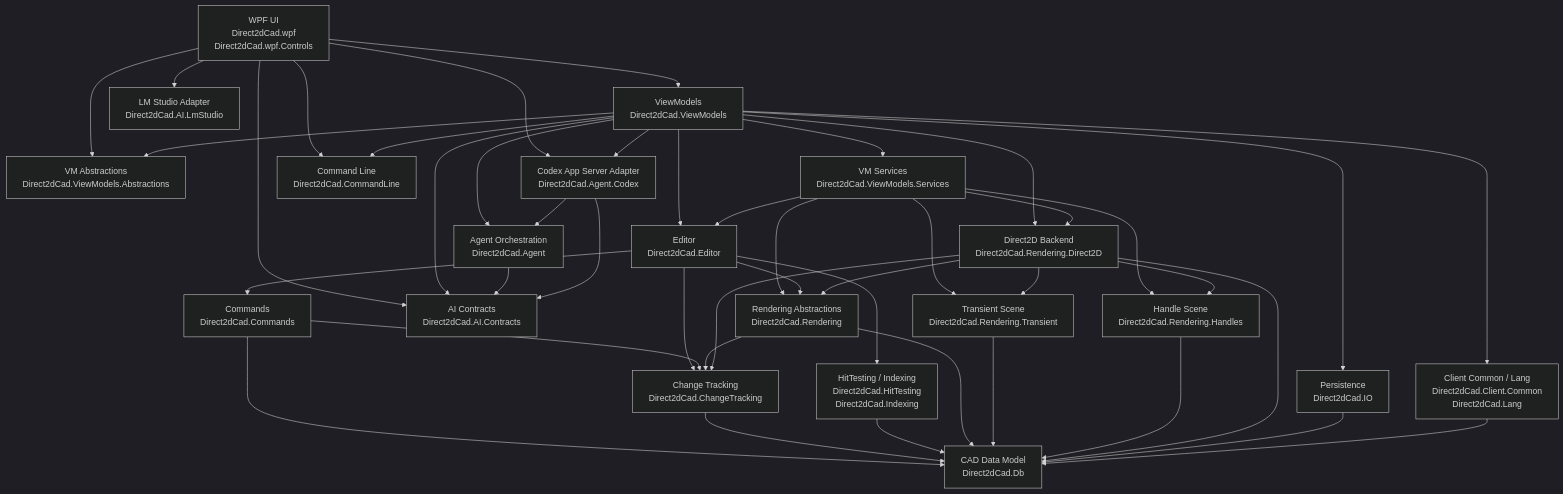
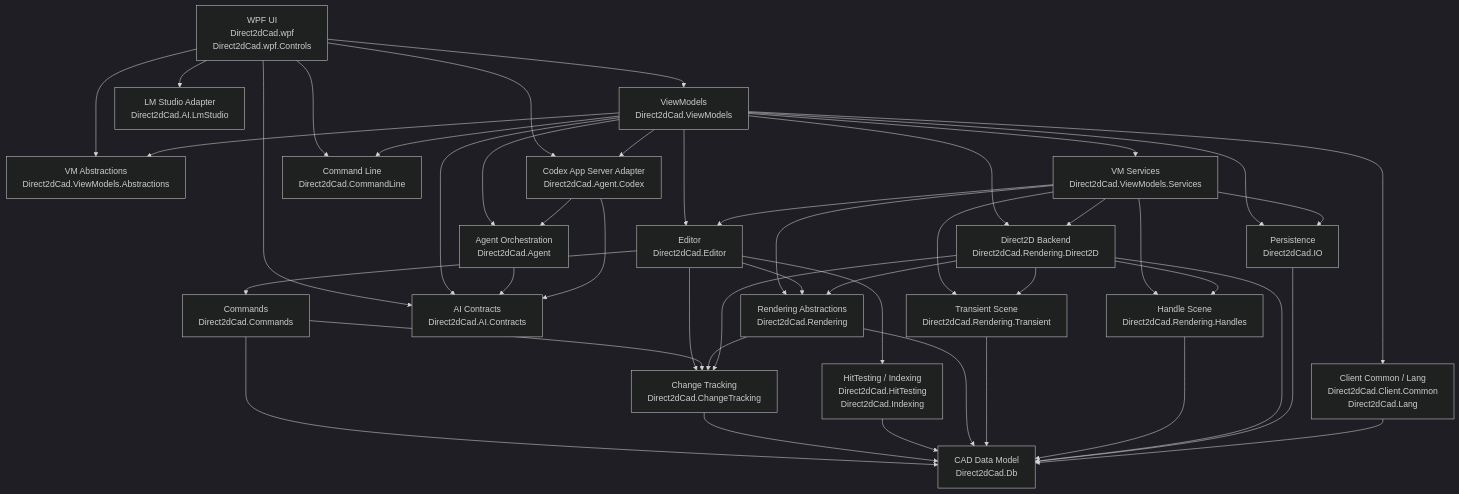
One commit to yoi102/Direct2dCad changed the diagram in README.md. Above: the diagram before and after it, drawn with Mermaid (dark theme). The commit also changed other lines of this file and 176 other files, not shown here.

````diff
--- a/README.md
+++ b/README.md
@@ -80,67 +80,68 @@
 ```mermaid
 flowchart TD
     UI["WPF UI<br/>Direct2dCad.wpf<br/>Direct2dCad.wpf.Controls"]
     VMAbs["VM Abstractions<br/>Direct2dCad.ViewModels.Abstractions"]
     VMServices["VM Services<br/>Direct2dCad.ViewModels.Services"]
     VM["ViewModels<br/>Direct2dCad.ViewModels"]
     Client["Client Common / Lang<br/>Direct2dCad.Client.Common<br/>Direct2dCad.Lang"]
     Editor["Editor<br/>Direct2dCad.Editor"]
     Commands["Commands<br/>Direct2dCad.Commands"]
     CommandLine["Command Line<br/>Direct2dCad.CommandLine"]
     AIContracts["AI Contracts<br/>Direct2dCad.AI.Contracts"]
     LmStudio["LM Studio Adapter<br/>Direct2dCad.AI.LmStudio"]
     Agent["Agent Orchestration<br/>Direct2dCad.Agent"]
     Codex["Codex App Server Adapter<br/>Direct2dCad.Agent.Codex"]
     ChangeTracking["Change Tracking<br/>Direct2dCad.ChangeTracking"]
     Db["CAD Data Model<br/>Direct2dCad.Db"]
     Query["HitTesting / Indexing<br/>Direct2dCad.HitTesting<br/>Direct2dCad.Indexing"]
     Rendering["Rendering Abstractions<br/>Direct2dCad.Rendering"]
     Transient["Transient Scene<br/>Direct2dCad.Rendering.Transient"]
     Handles["Handle Scene<br/>Direct2dCad.Rendering.Handles"]
     Direct2D["Direct2D Backend<br/>Direct2dCad.Rendering.Direct2D"]
     IO["Persistence<br/>Direct2dCad.IO"]
 
     UI --> VM
     UI --> VMAbs
     UI --> CommandLine
     UI --> AIContracts
     UI --> LmStudio
     UI --> Codex
     VM --> VMAbs
     VM --> CommandLine
     VM --> AIContracts
     VM --> Agent
     VM --> Codex
     VM --> VMServices
     VM --> Client
     VM --> Editor
     VM --> IO
     VM --> Direct2D
     VMServices --> Editor
+    VMServices --> IO
     VMServices --> Rendering
     VMServices --> Direct2D
     VMServices --> Handles
     VMServices --> Transient
     Editor --> Commands
     Editor --> ChangeTracking
     Editor --> Query
     Editor --> Rendering
     Commands --> ChangeTracking
     Commands --> Db
     ChangeTracking --> Db
     Query --> Db
     Rendering --> ChangeTracking
     Rendering --> Db
     Transient --> Db
     Handles --> Db
     Direct2D --> Rendering
     Direct2D --> Handles
     Direct2D --> Transient
     Direct2D --> ChangeTracking
     Direct2D --> Db
     IO --> Db
     Client --> Db
     Agent --> AIContracts
     Codex --> Agent
     Codex --> AIContracts
 ```
````
